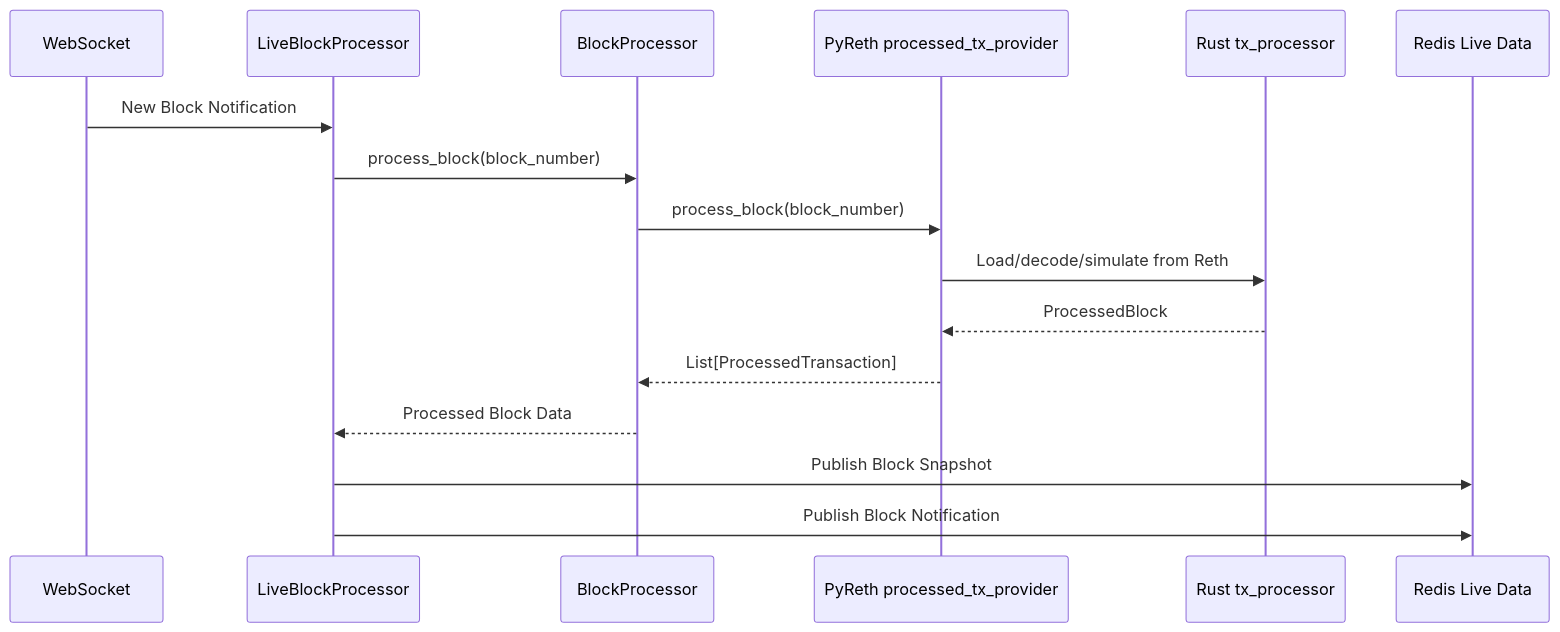
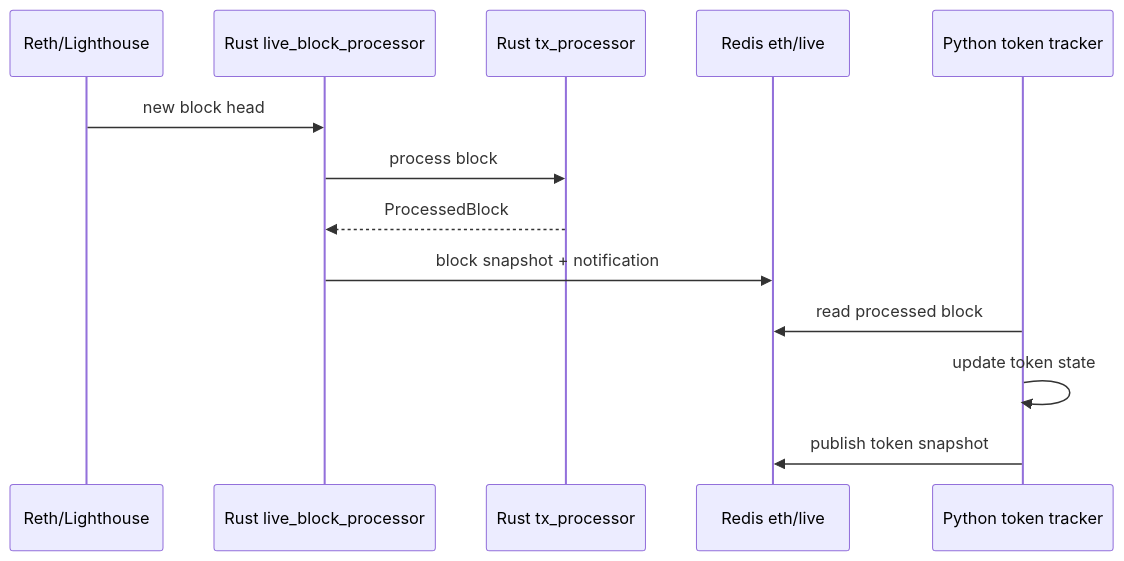
Before and after one commit to NimaMan/eth: the diagram in pyeth/eth_data/README.md, drawn with Mermaid. The commit also changed other lines of this file and 107 other files, not shown here.

````diff
--- a/pyeth/eth_data/README.md
+++ b/pyeth/eth_data/README.md
@@ -67,19 +59,16 @@
 ```mermaid
 sequenceDiagram
-    participant WS as WebSocket
-    participant LBP as LiveBlockProcessor
-    participant BP as BlockProcessor
-    participant PyReth as PyReth processed_tx_provider
-    participant Rust as Rust tx_processor
-    participant Redis as Redis Live Data
+    participant Node as Reth/Lighthouse
+    participant RustLive as Rust live_block_processor
+    participant RustTx as Rust tx_processor
+    participant Redis as Redis eth/live
+    participant PyToken as Python token tracker
 
-    WS->>LBP: New Block Notification
-    LBP->>BP: process_block(block_number)
-    BP->>PyReth: process_block(block_number)
-    PyReth->>Rust: Load/decode/simulate from Reth
-    Rust-->>PyReth: ProcessedBlock
-    PyReth-->>BP: List[ProcessedTransaction]
-    BP-->>LBP: Processed Block Data
-    LBP->>Redis: Publish Block Snapshot
-    LBP->>Redis: Publish Block Notification
+    Node->>RustLive: new block head
+    RustLive->>RustTx: process block
+    RustTx-->>RustLive: ProcessedBlock
+    RustLive->>Redis: block snapshot + notification
+    PyToken->>Redis: read processed block
+    PyToken->>PyToken: update token state
+    PyToken->>Redis: publish token snapshot
 ```
````
